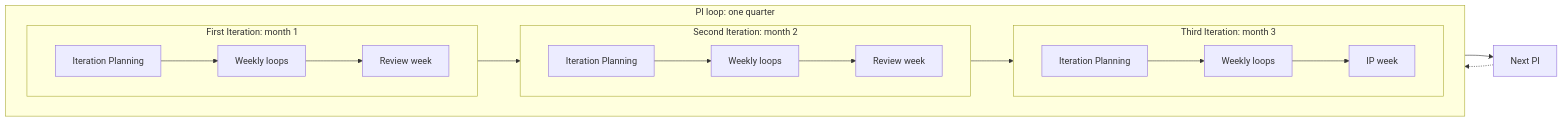
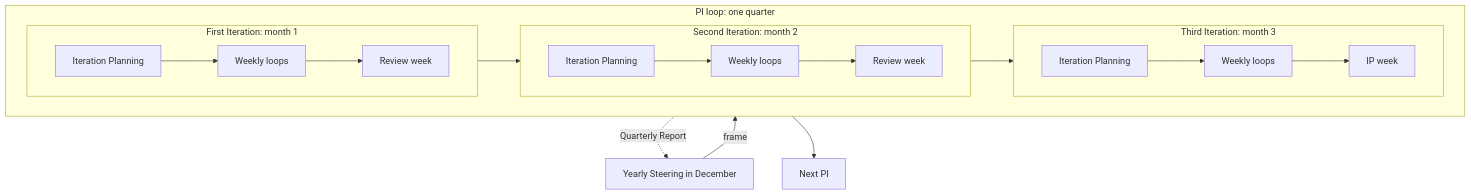
The second of 6 diagrams in charter/workflows/cadence.md (devhogu/ob-aicc), drawn with Mermaid before and after one commit. The commit also changed other lines of this file and 200 other files, not shown here.

````diff
--- a/charter/workflows/cadence.md
+++ b/charter/workflows/cadence.md
@@ -64,21 +81,22 @@
 ```mermaid
-flowchart LR
+flowchart TB
+  Y["Yearly Steering in December"] -->|"frame"| PI
   subgraph PI["PI loop: one quarter"]
     direction LR
     subgraph IT1["First Iteration: month 1"]
       direction LR
       P1["Iteration Planning"] --> W1["Weekly loops"] --> R1["Review week"]
     end
     subgraph IT2["Second Iteration: month 2"]
       direction LR
       P2["Iteration Planning"] --> W2["Weekly loops"] --> R2["Review week"]
     end
     subgraph IT3["Third Iteration: month 3"]
       direction LR
       P3["Iteration Planning"] --> W3["Weekly loops"] --> IP["IP week"]
     end
     IT1 --> IT2 --> IT3
   end
-  IP --> NEXT["Next PI"]
-  NEXT -.-> PI
+  PI -.->|"Quarterly Report"| Y
+  PI --> NEXT["Next PI"]
 ```
````
